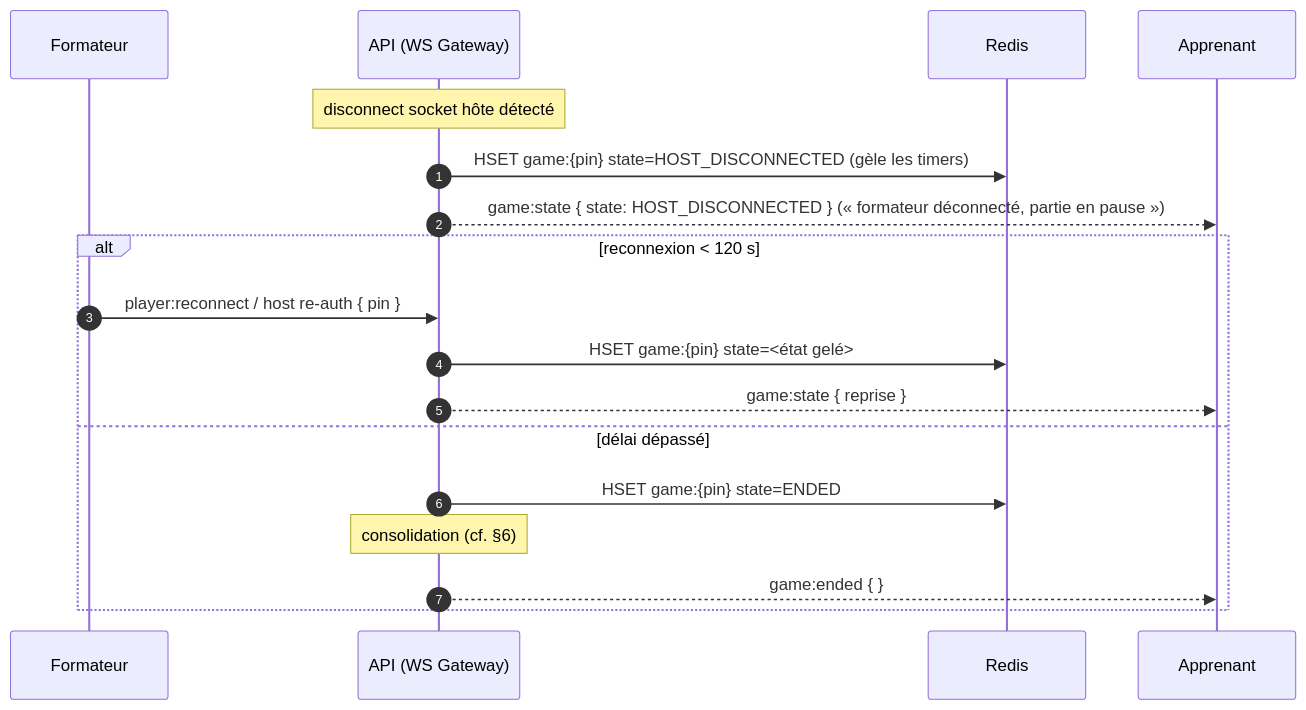
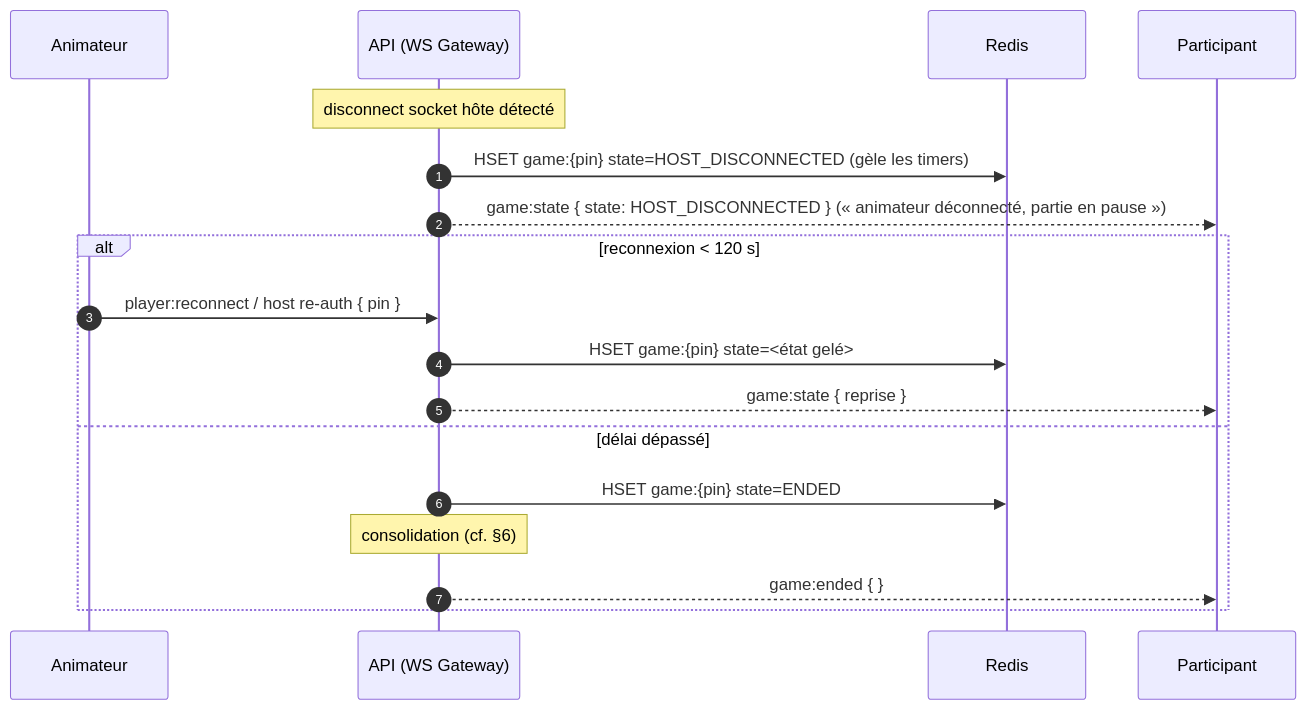
The fifth of 7 diagrams in specifications/SPECIFICATIONS-SEQUENCES.md (quizdock/quiz-dock), drawn with Mermaid before and after one commit. The commit also changed other lines of this file and 30 other files, not shown here.

````diff
--- a/specifications/SPECIFICATIONS-SEQUENCES.md
+++ b/specifications/SPECIFICATIONS-SEQUENCES.md
@@ -147,21 +147,21 @@
 ```mermaid
 sequenceDiagram
     autonumber
-    participant F as Formateur
+    participant F as Animateur
     participant API as API (WS Gateway)
     participant R as Redis
-    participant A as Apprenant
+    participant A as Participant
 
     Note over API: disconnect socket hôte détecté
     API->>R: HSET game:{pin} state=HOST_DISCONNECTED (gèle les timers)
-    API-->>A: game:state { state: HOST_DISCONNECTED }  (« formateur déconnecté, partie en pause »)
+    API-->>A: game:state { state: HOST_DISCONNECTED }  (« animateur déconnecté, partie en pause »)
     alt reconnexion < 120 s
         F->>API: player:reconnect / host re-auth { pin }
         API->>R: HSET game:{pin} state=<état gelé>
         API-->>A: game:state { reprise }
     else délai dépassé
         API->>R: HSET game:{pin} state=ENDED
         Note over API: consolidation (cf. §6)
         API-->>A: game:ended { }
     end
 ```
````
